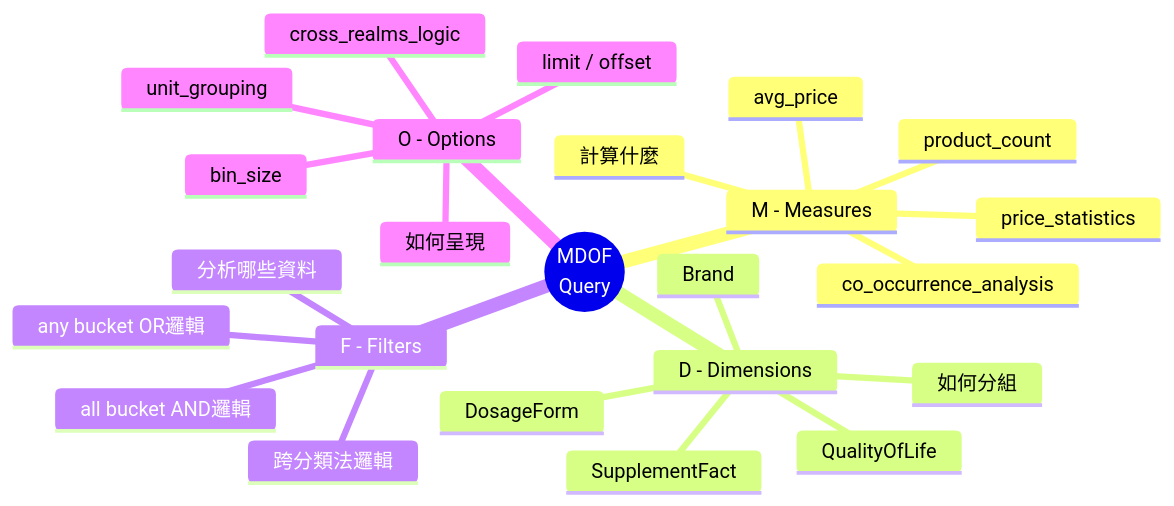
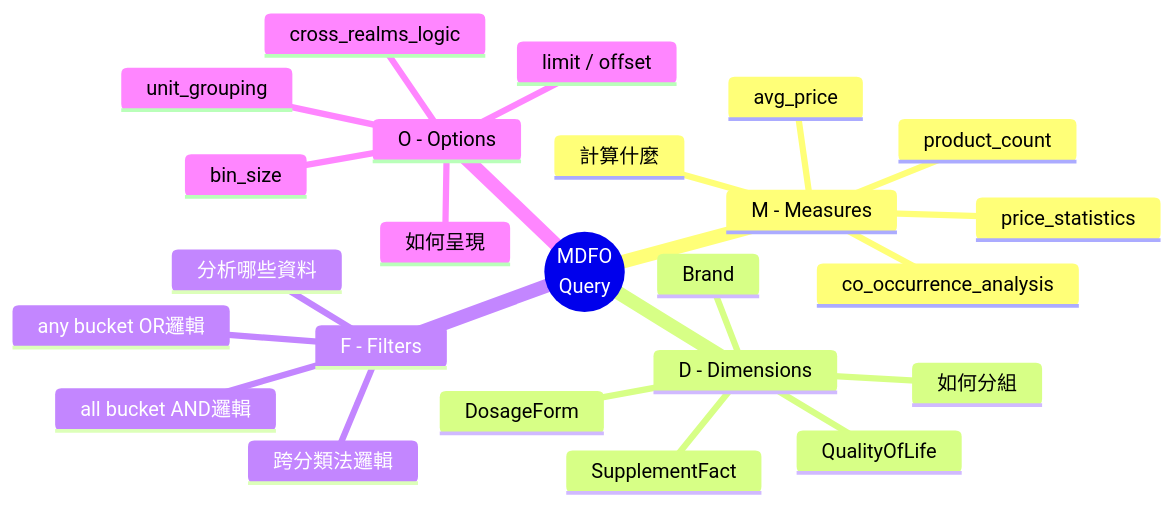
One commit to mapleelpam/LuminNexus-LearningMap changed the third of 5 diagrams in projects/prismavision/smart-insight-engine/00_overview.md. Above: the diagram before and after it, drawn with Mermaid. The commit also changed other lines of this file and 18 other files, not shown here.

First line of the commit message:
chore: MDOF → MDFO 全 repo 正名

````diff
--- a/projects/prismavision/smart-insight-engine/00_overview.md
+++ b/projects/prismavision/smart-insight-engine/00_overview.md
@@ -304,27 +304,27 @@
 ```mermaid
 mindmap
-  root((MDOF<br/>Query))
+  root((MDFO<br/>Query))
     M - Measures
       計算什麼
       product_count
       avg_price
       price_statistics
       co_occurrence_analysis
     D - Dimensions
       如何分組
       Brand
       SupplementFact
       DosageForm
       QualityOfLife
     F - Filters
       分析哪些資料
       any bucket OR邏輯
       all bucket AND邏輯
       跨分類法邏輯
     O - Options
       如何呈現
       limit / offset
       bin_size
       unit_grouping
       cross_realms_logic
 ```
````
